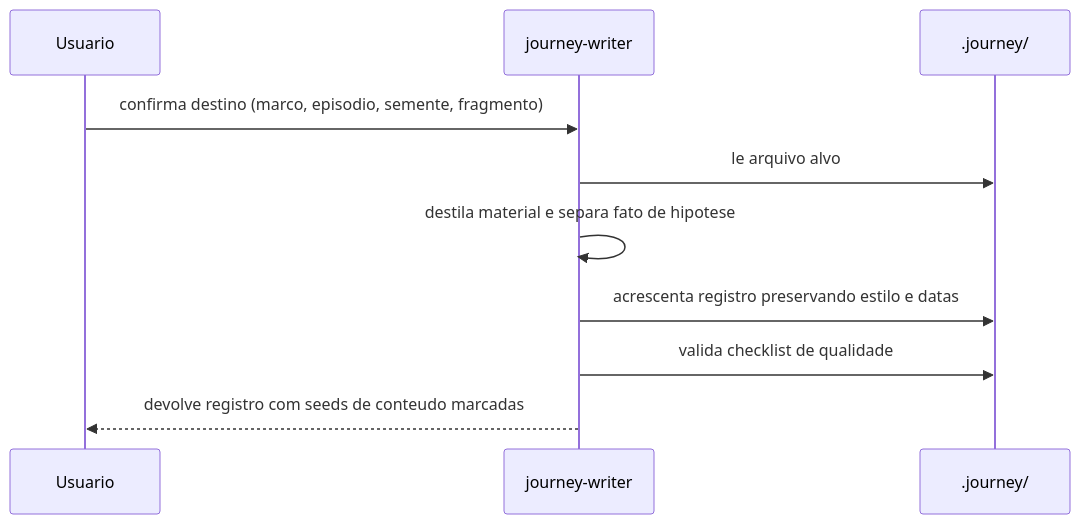
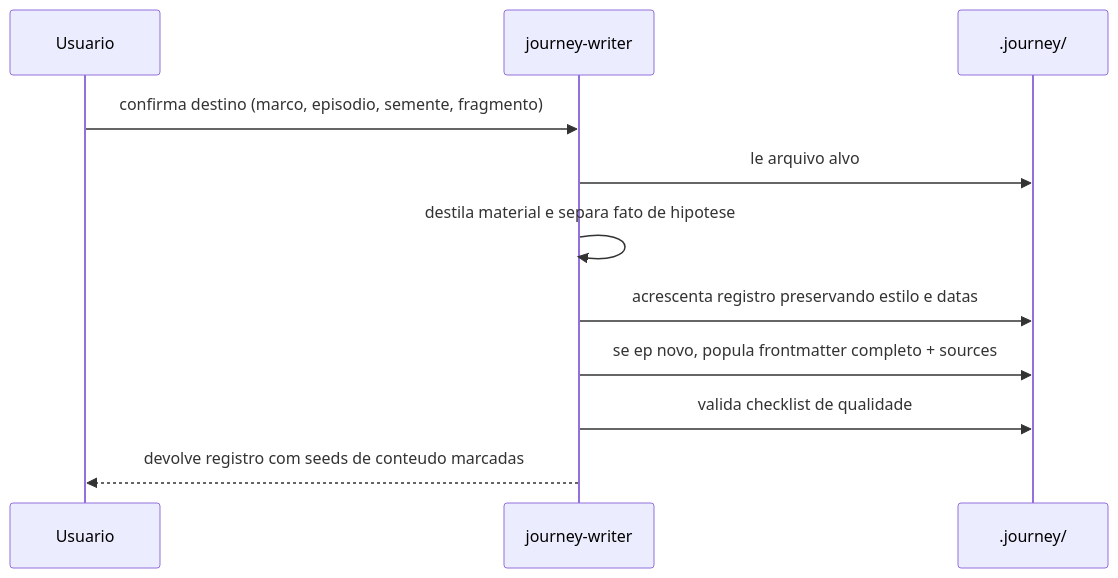
Before and after one commit to vitordevsp/vitordevsp.com.br: the third of 10 diagrams in .claude/skills/journey-writer/references/sequence-workflows.md, drawn with Mermaid. The commit also changed other lines of this file and 17 other files, not shown here.

````diff
--- a/.claude/skills/journey-writer/references/sequence-workflows.md
+++ b/.claude/skills/journey-writer/references/sequence-workflows.md
@@ -53,12 +68,13 @@
 ```mermaid
 sequenceDiagram
     participant U as Usuario
     participant S as journey-writer
     participant J as .journey/
     U->>S: confirma destino (marco, episodio, semente, fragmento)
     S->>J: le arquivo alvo
     S->>S: destila material e separa fato de hipotese
     S->>J: acrescenta registro preservando estilo e datas
+    S->>J: se ep novo, popula frontmatter completo + sources
     S->>J: valida checklist de qualidade
     S-->>U: devolve registro com seeds de conteudo marcadas
 ```
````
